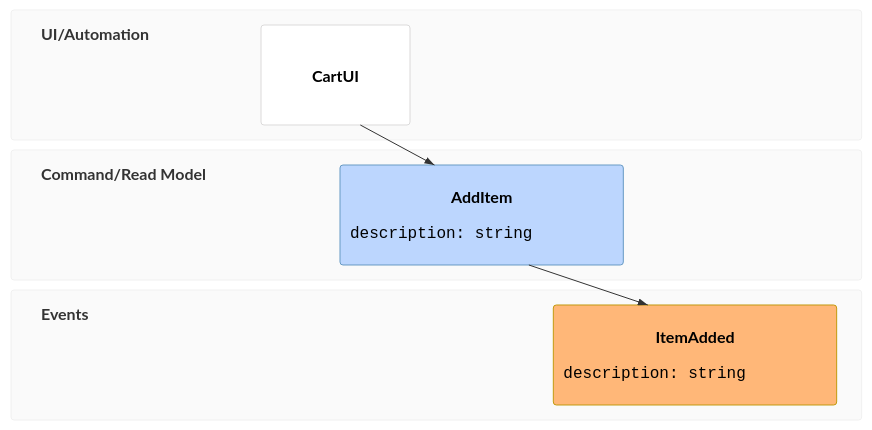
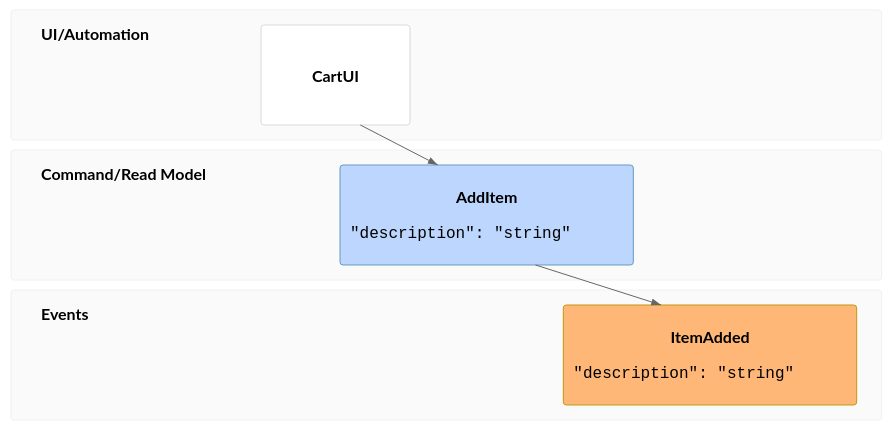
The diagram in public/templates/evtmodeling.mmd (titwan37/mermaid-designer), drawn with Mermaid before and after one commit. The commit also changed 10 other files, not shown here.

Commit message:
upgrade mermaid package

```diff
--- a/public/templates/evtmodeling.mmd
+++ b/public/templates/evtmodeling.mmd
@@ -1,4 +1,10 @@
+---
+config:
+  theme: neutral
+  layout: elk
+---
+
 eventmodeling
   tf 01 ui CartUI
-  tf 02 cmd AddItem { description: string }
-  tf 03 evt ItemAdded { description: string }
+  tf 02 cmd AddItem { "description": "string" }
+  tf 03 evt ItemAdded { "description": "string" }
```
